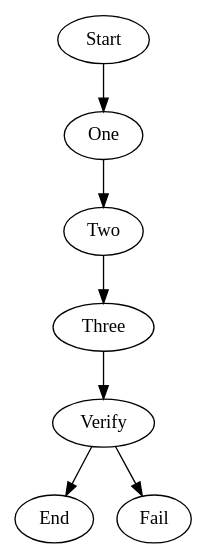
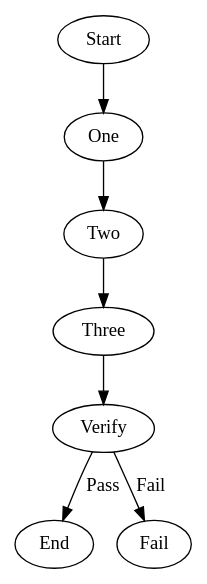
One commit to stencila/stencila changed the diagram in .stencila/workflows/test-count-to-three/WORKFLOW.md. Above: the diagram before and after it, drawn with Graphviz. The commit also changed 21 other files, not shown here.

````diff
--- a/.stencila/workflows/test-count-to-three/WORKFLOW.md
+++ b/.stencila/workflows/test-count-to-three/WORKFLOW.md
@@ -9,18 +9,18 @@
 ```dot
 digraph Workflow {
   Start -> One
 
   One    [prompt="Reply with just the number: 1"]
   One -> Two
 
   Two    [prompt="Add one to $last_output and reply with just the result."]
   Two -> Three
 
   Three  [prompt="Add one to $last_output and reply with just the result."]
   Three -> Verify
 
-  Verify [prompt="Does $last_output equal $goal? Reply with ONLY yes or no in lowercase, nothing else."]
-  Verify -> End  [condition="context.last_output=yes"]
-  Verify -> Fail
+  Verify [prompt="Does $last_output equal $goal? Verify the result and choose Pass or Fail."]
+  Verify -> End  [label="Pass"]
+  Verify -> Fail [label="Fail"]
 }
 ```
````
